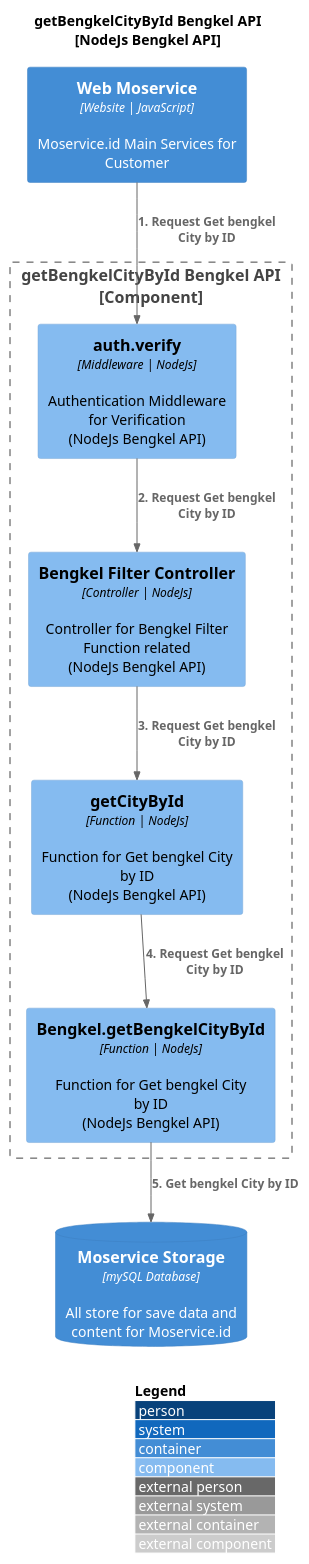
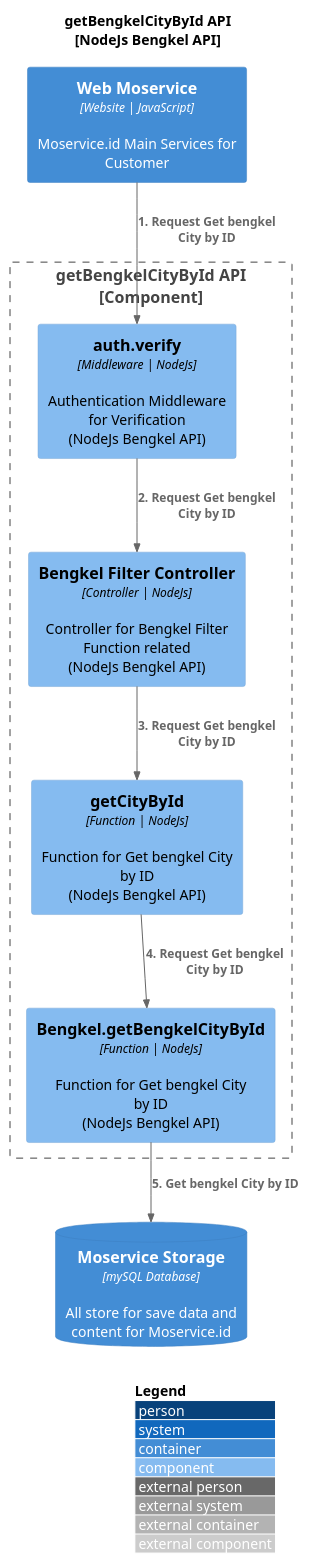
The diagram in [NodeJs]-bengkel/get-city-by-id.puml (JoshAndreas/Project-C4-Diagram), drawn with PlantUML before and after one commit. The commit also changed 189 other files, not shown here.

Commit message:
Add New C4 Diagram File NodeJs-Bengkel

```diff
--- a/[NodeJs]-bengkel/get-city-by-id.puml
+++ b/[NodeJs]-bengkel/get-city-by-id.puml
@@ -1,24 +1,24 @@
 @startuml
 !include https://raw.githubusercontent.com/plantuml-stdlib/C4-PlantUML/master/C4_Component.puml
 
 LAYOUT_WITH_LEGEND()
-title getBengkelCityById Bengkel API\n[NodeJs Bengkel API]
+title getBengkelCityById API\n[NodeJs Bengkel API]
 
 Container(Web_Moservice, "Web Moservice", "Website | JavaScript", "Moservice.id Main Services for Customer")
-Boundary(api, "getBengkelCityById Bengkel API\n[Component]"){
+Boundary(api, "getBengkelCityById API\n[Component]"){
     Component(auth_middleware, "auth.verify", "Middleware | NodeJs", "Authentication Middleware for Verification\n(NodeJs Bengkel API)")
     Component(bengkel, "Bengkel Filter Controller", "Controller | NodeJs", "Controller for Bengkel Filter Function related\n(NodeJs Bengkel API)")
 
     Component(getCityById, "getCityById", "Function | NodeJs", "Function for Get bengkel City by ID\n(NodeJs Bengkel API)")
     Component(getBengkelCityById, "Bengkel.getBengkelCityById", "Function | NodeJs", "Function for Get bengkel City by ID\n(NodeJs Bengkel API)")
 
 }
 ContainerDb(database, "Moservice Storage", "mySQL Database", "All store for save data and content for Moservice.id")
 
 Rel(Web_Moservice, auth_middleware, "1. Request Get bengkel City by ID")
 Rel(auth_middleware, bengkel, "2. Request Get bengkel City by ID")
 Rel(bengkel, getCityById, "3. Request Get bengkel City by ID")
 Rel(getCityById, getBengkelCityById, "4. Request Get bengkel City by ID")
 Rel(getBengkelCityById, database, "5. Get bengkel City by ID")
 
 @enduml
```
